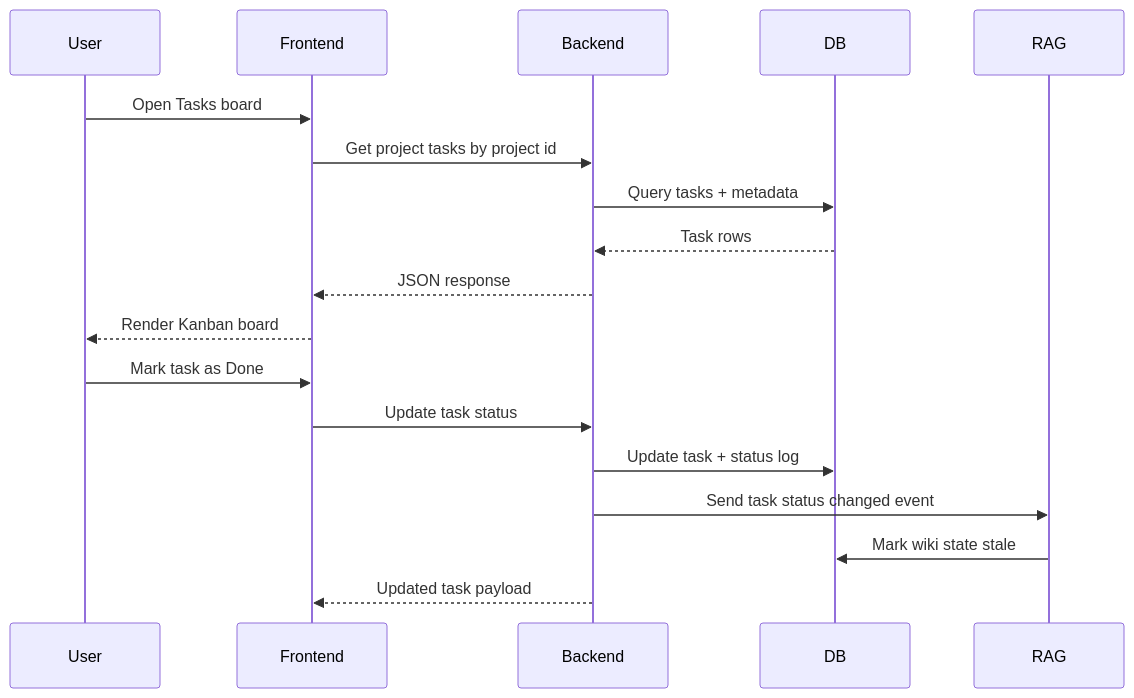
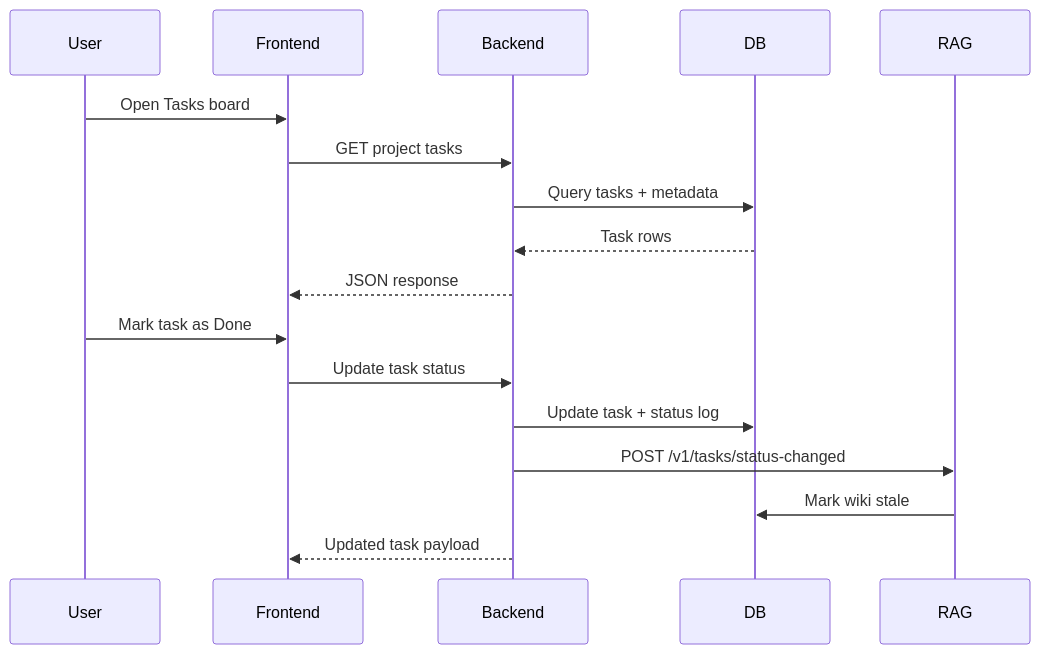
One commit to NuhashMaq/Vivasoft-OMS-Project changed the second of 3 diagrams in README.md. Above: the diagram before and after it, drawn with Mermaid. The commit also changed other lines of this file and 3 other files, not shown here.

````diff
--- a/README.md
+++ b/README.md
@@ -78,22 +76,21 @@
 ```mermaid
 sequenceDiagram
   participant User
   participant Frontend
   participant Backend
   participant DB
   participant RAG
 
   User->>Frontend: Open Tasks board
-  Frontend->>Backend: Get project tasks by project id
+  Frontend->>Backend: GET project tasks
   Backend->>DB: Query tasks + metadata
   DB-->>Backend: Task rows
   Backend-->>Frontend: JSON response
-  Frontend-->>User: Render Kanban board
 
   User->>Frontend: Mark task as Done
   Frontend->>Backend: Update task status
   Backend->>DB: Update task + status log
-  Backend->>RAG: Send task status changed event
-  RAG->>DB: Mark wiki state stale
+  Backend->>RAG: POST /v1/tasks/status-changed
+  RAG->>DB: Mark wiki stale
   Backend-->>Frontend: Updated task payload
 ```
````
